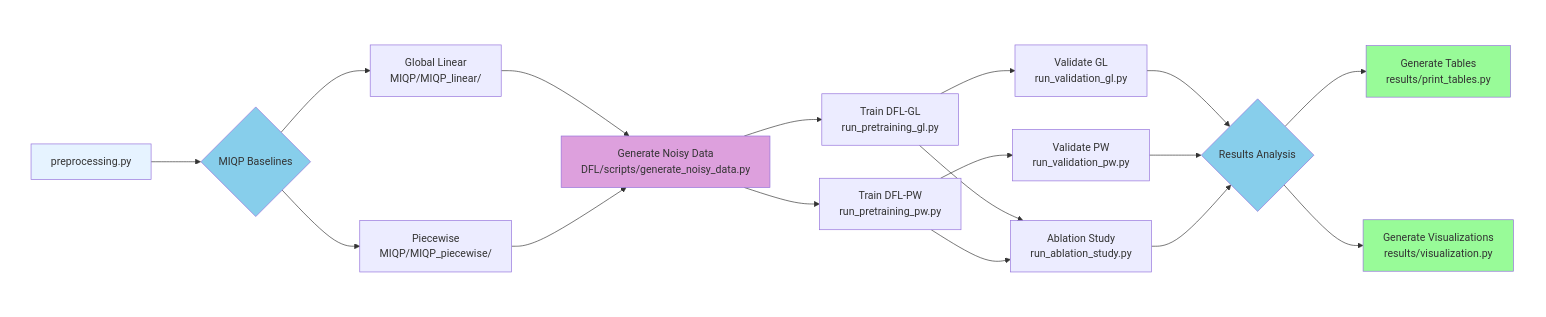
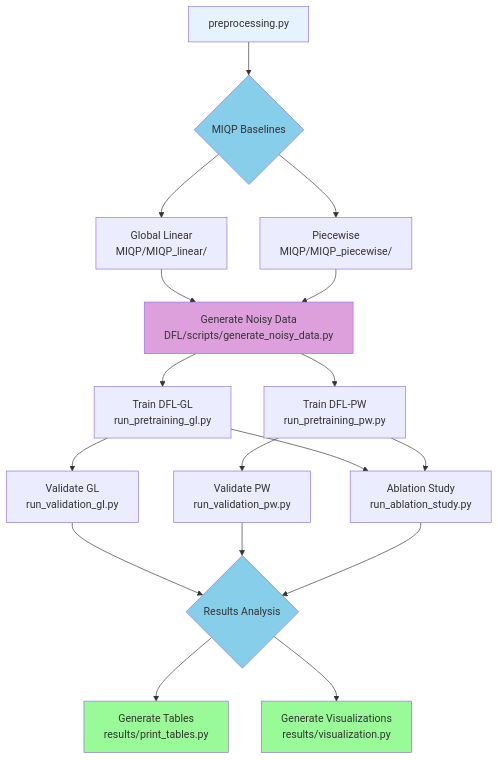
One commit to SOLARIS-JHU/DFL-UPHES changed the first of 2 diagrams in README.md. Above: the diagram before and after it, drawn with Mermaid. The commit also changed other lines of this file, not shown here.

````diff
--- a/README.md
+++ b/README.md
@@ -119,35 +119,32 @@
 ```mermaid
 flowchart TD
-    subgraph WhiteBoard [" "]
-        A[preprocessing.py] --> B{MIQP Baselines}
-        B --> C[Global Linear<br/>MIQP/MIQP_linear/]
-        B --> D[Piecewise<br/>MIQP/MIQP_piecewise/]
+    A[preprocessing.py] --> B{MIQP Baselines}
+    B --> C[Global Linear<br/>MIQP/MIQP_linear/]
+    B --> D[Piecewise<br/>MIQP/MIQP_piecewise/]
 
-        C --> E[Generate Noisy Data<br/>DFL/scripts/generate_noisy_data.py]
-        D --> E
+    C --> E[Generate Noisy Data<br/>DFL/scripts/generate_noisy_data.py]
+    D --> E
 
-        E --> F[Train DFL-GL<br/>run_pretraining_gl.py]
-        E --> G[Train DFL-PW<br/>run_pretraining_pw.py]
+    E --> F[Train DFL-GL<br/>run_pretraining_gl.py]
+    E --> G[Train DFL-PW<br/>run_pretraining_pw.py]
 
-        F --> H[Validate GL<br/>run_validation_gl.py]
-        G --> I[Validate PW<br/>run_validation_pw.py]
+    F --> H[Validate GL<br/>run_validation_gl.py]
+    G --> I[Validate PW<br/>run_validation_pw.py]
 
-        F --> J[Ablation Study<br/>run_ablation_study.py]
-        G --> J
+    F --> J[Ablation Study<br/>run_ablation_study.py]
+    G --> J
 
-        H --> K{Results Analysis}
-        I --> K
-        J --> K
+    H --> K{Results Analysis}
+    I --> K
+    J --> K
 
-        K --> L[Generate Tables<br/>results/print_tables.py]
-        K --> M[Generate Visualizations<br/>results/visualization.py]
-    end
+    K --> L[Generate Tables<br/>results/print_tables.py]
+    K --> M[Generate Visualizations<br/>results/visualization.py]
 
-    style WhiteBoard fill:#ffffff,stroke:#ffffff
     style A fill:#E6F3FF
     style B fill:#87CEEB
     style E fill:#DDA0DD
     style K fill:#87CEEB
     style L fill:#98FB98
     style M fill:#98FB98
 ```
````
